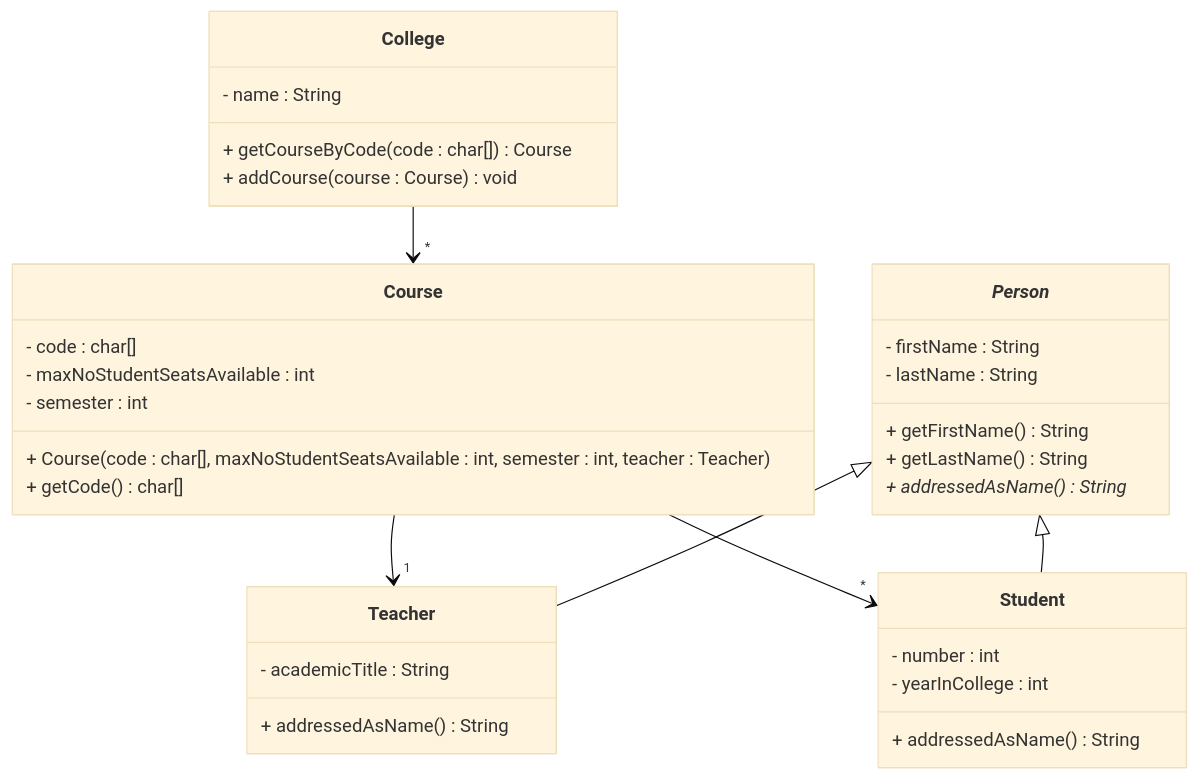
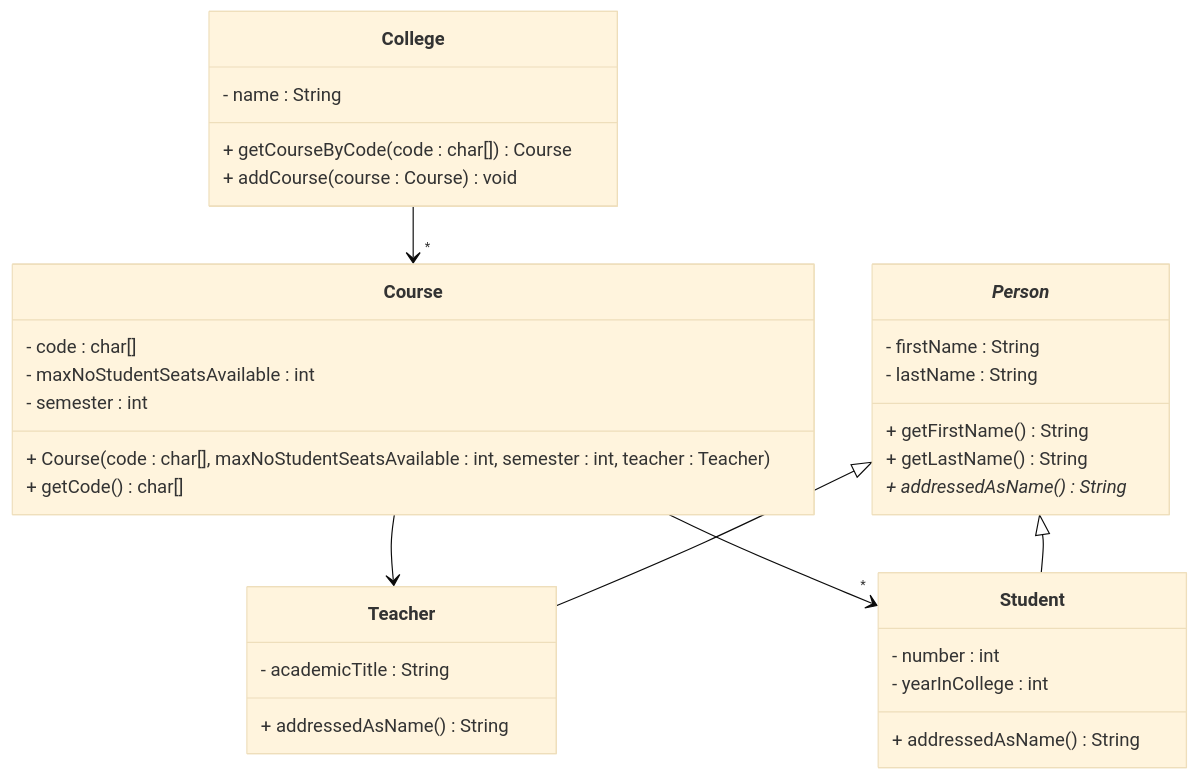
One commit to TroelsMortensen/Codelabs2 changed the diagram in Articles/Session 24 - Exam/003 Exercise 2 - College System.md. Above: the diagram before and after it, drawn with Mermaid (base theme). The commit also changed 8 other files, not shown here.

````diff
--- a/Articles/Session 24 - Exam/003 Exercise 2 - College System.md
+++ b/Articles/Session 24 - Exam/003 Exercise 2 - College System.md
@@ -5,41 +5,41 @@
 ```mermaid
 classDiagram
     class College {
         - name : String
         + getCourseByCode(code : char[]) Course
         + addCourse(course : Course) void
     }
     
     class Course {
         - code : char[]
         - maxNoStudentSeatsAvailable : int
         - semester : int
         + Course(code : char[], maxNoStudentSeatsAvailable : int, semester : int, teacher : Teacher)
         + getCode() char[]
     }
     
     class _Person_ {
         - firstName : String
         - lastName : String
         + getFirstName() String
         + getLastName() String
         + addressedAsName()* String
     }
     
     class Teacher {
         - academicTitle : String
         + addressedAsName() String
     }
     
     class Student {
         - number : int
         - yearInCollege : int
         + addressedAsName() String
     }
     
     College --> "*" Course
-    Course --> "1" Teacher 
+    Course -->  Teacher 
     Course --> "*" Student
     _Person_ <|-- Teacher
     _Person_ <|-- Student
 ```
````
